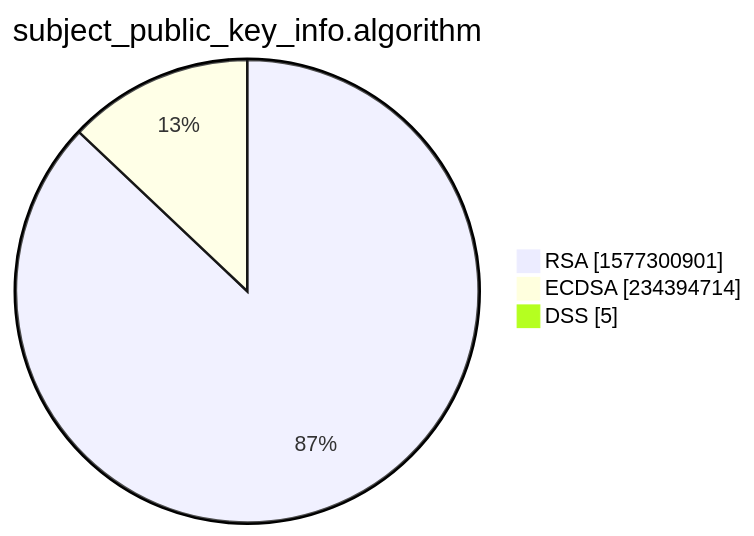
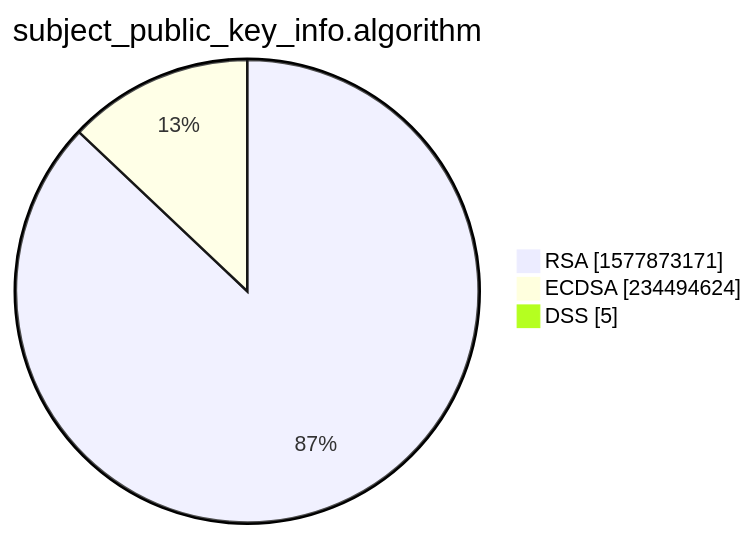
The third of 15 diagrams in xenon2022/README.md (christiankrug/ctmonitor_visualization), drawn with Mermaid before and after one commit. The commit also changed other lines of this file, not shown here.

````diff
--- a/xenon2022/README.md
+++ b/xenon2022/README.md
@@ -14,7 +14,7 @@
 ```mermaid
 pie showData
 title subject_public_key_info.algorithm
-"RSA" :1577300901
-"ECDSA" :234394714
+"RSA" :1577873171
+"ECDSA" :234494624
 "DSS" :5
 ```
````
